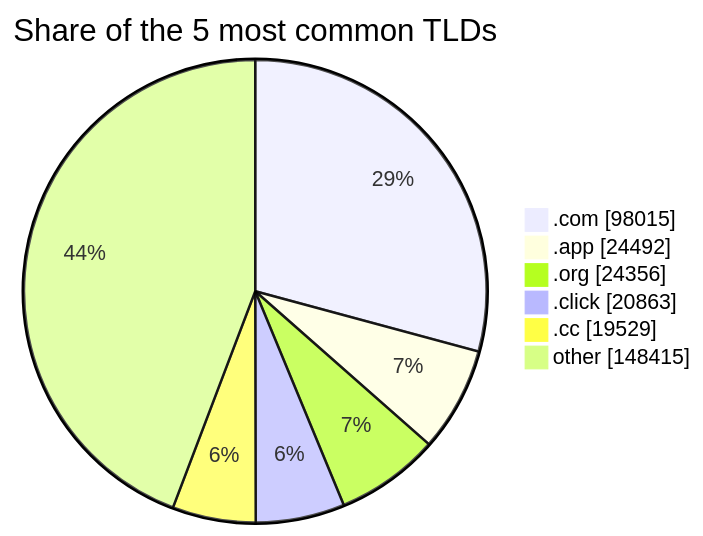
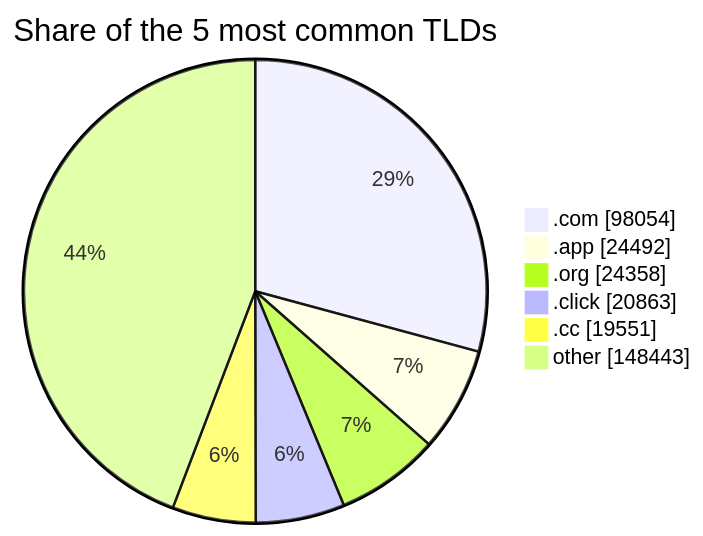
The third of 3 diagrams in README.md (DNSBunker/CTI), drawn with Mermaid before and after one commit. The commit also changed other lines of this file and 4 other files, not shown here.

````diff
--- a/README.md
+++ b/README.md
@@ -81,9 +81,9 @@
 ```mermaid
 pie showData title Share of the 5 most common TLDs
-    ".com" : 98015
+    ".com" : 98054
     ".app" : 24492
-    ".org" : 24356
+    ".org" : 24358
     ".click" : 20863
-    ".cc" : 19529
-    "other" : 148415
+    ".cc" : 19551
+    "other" : 148443
 ```
````
